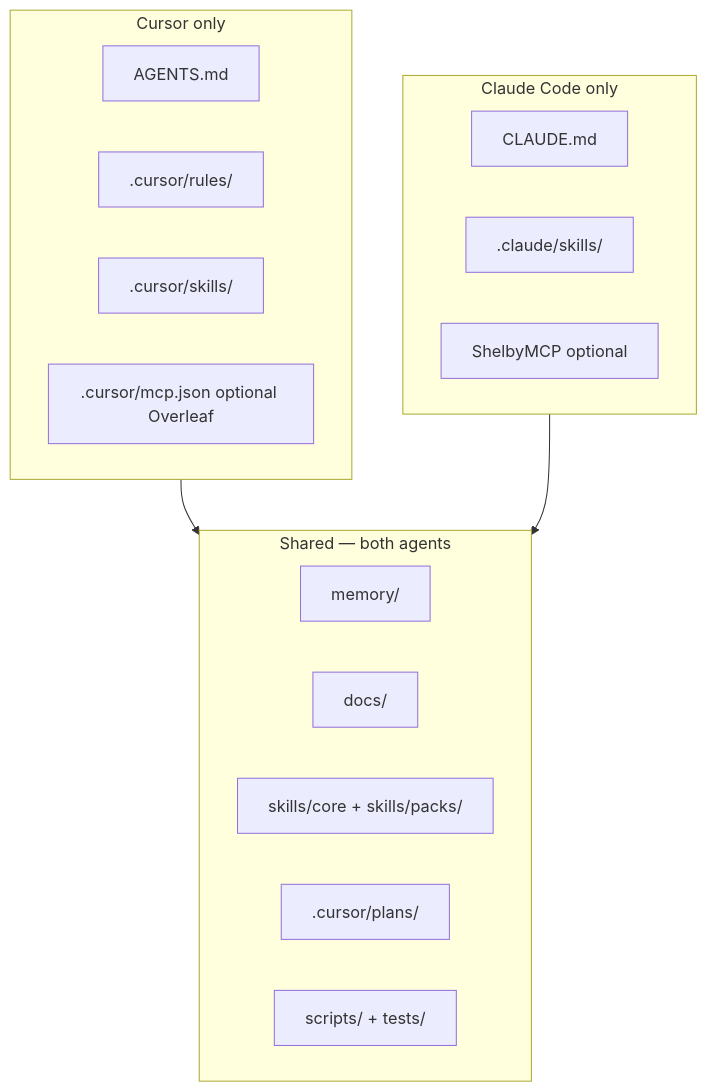
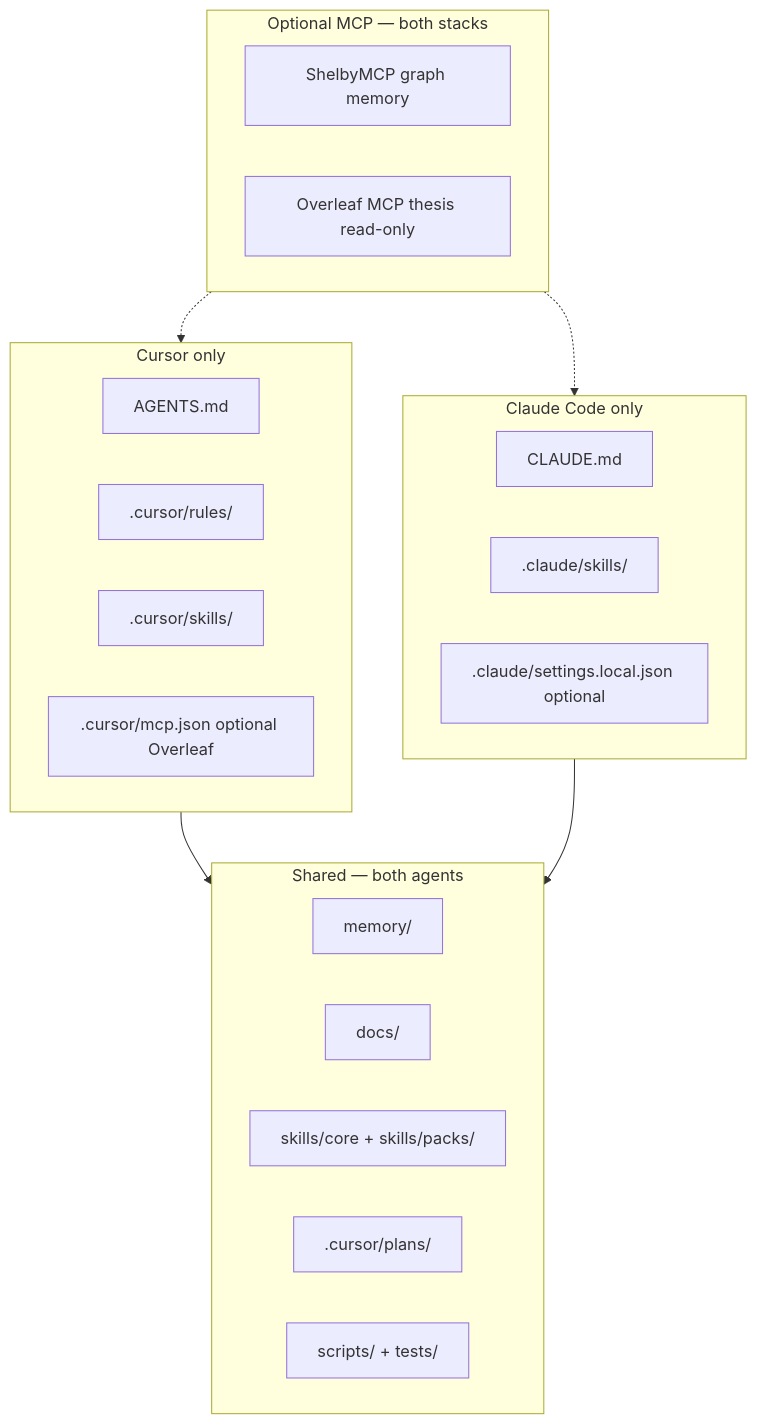
One commit to emilio-garcia-ie/from-thesis-to-paper changed the diagram in docs/sync_cursor_claude.md. Above: the diagram before and after it, drawn with Mermaid. The commit also changed other lines of this file and 41 other files, not shown here.

````diff
--- a/docs/sync_cursor_claude.md
+++ b/docs/sync_cursor_claude.md
@@ -11,26 +11,33 @@
 ```mermaid
 flowchart TB
   subgraph shared [Shared — both agents]
     MEM[memory/]
     DOC[docs/]
     SK[skills/core + skills/packs/]
     PLN[.cursor/plans/]
     SCR[scripts/ + tests/]
   end
 
   subgraph cursor [Cursor only]
     AG[AGENTS.md]
     CRUL[.cursor/rules/]
     CSK[.cursor/skills/]
-    MCP[.cursor/mcp.json optional Overleaf]
+    MCPc[.cursor/mcp.json optional Overleaf]
   end
 
   subgraph claude [Claude Code only]
     CL[CLAUDE.md]
     CSK2[.claude/skills/]
-    SH[ShelbyMCP optional]
+    PERM[.claude/settings.local.json optional]
+  end
+
+  subgraph optionalMCP [Optional MCP — both stacks]
+    SH[ShelbyMCP graph memory]
+    OL[Overleaf MCP thesis read-only]
   end
 
   cursor --> shared
   claude --> shared
+  optionalMCP -.-> cursor
+  optionalMCP -.-> claude
 ```
````
